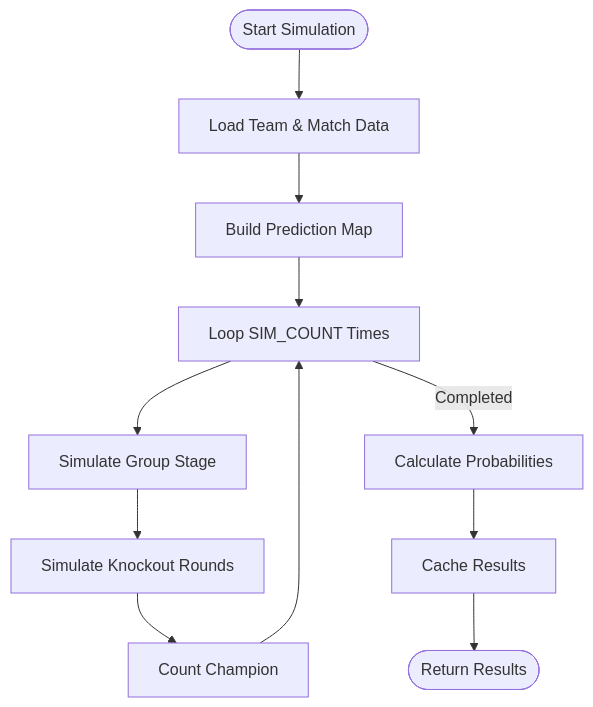
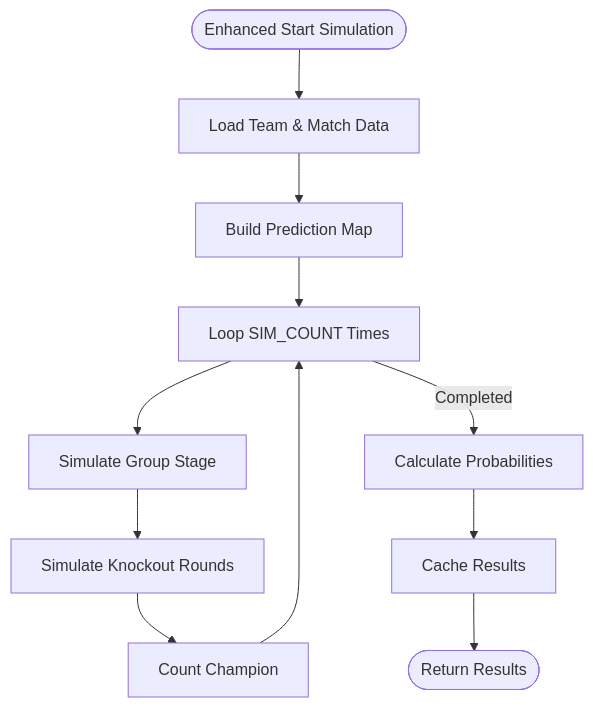
Before and after one commit to cheesiong/WC26-qwen: the seventh of 10 diagrams in .qoder/repowiki/en/content/Tournament Management/Bracket Service.md, drawn with Mermaid. The commit also changed other lines of this file and 4 other files, not shown here.

````diff
--- a/.qoder/repowiki/en/content/Tournament Management/Bracket Service.md
+++ b/.qoder/repowiki/en/content/Tournament Management/Bracket Service.md
@@ -434,13 +491,13 @@
 ```mermaid
 flowchart TD
-Start([Start Simulation]) --> LoadData[Load Team & Match Data]
+Start([Enhanced Start Simulation]) --> LoadData[Load Team & Match Data]
 LoadData --> BuildPredMap[Build Prediction Map]
 BuildPredMap --> Loop[Loop SIM_COUNT Times]
 Loop --> SimGroup[Simulate Group Stage]
 SimGroup --> SimKnockout[Simulate Knockout Rounds]
 SimKnockout --> CountWinner[Count Champion]
 CountWinner --> Loop
 Loop --> |Completed| CalculateProb[Calculate Probabilities]
 CalculateProb --> CacheResults[Cache Results]
 CacheResults --> End([Return Results])
 ```
````
